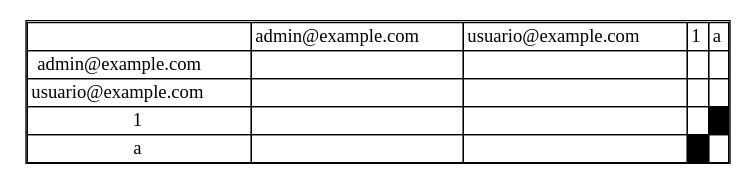
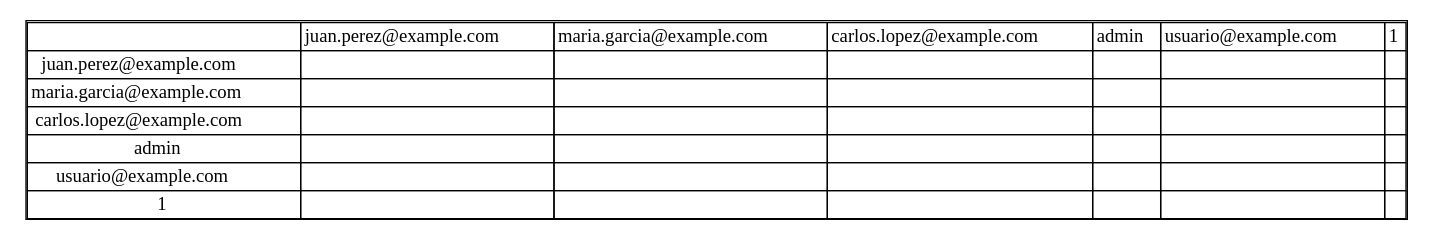
One commit to LightDemon12/-EDD-PROYECTOS_202100215 changed the diagram in Fase#1/cmake-build-debug/matriz_usuarios.dot. Above: the diagram before and after it, drawn with Graphviz. The commit also changed 60 other files, not shown here.

```diff
--- a/Fase#1/cmake-build-debug/matriz_usuarios.dot
+++ b/Fase#1/cmake-build-debug/matriz_usuarios.dot
@@ -1,11 +1,13 @@
 digraph G {
 node [shape=plaintext]
 a [label=<
 <table border='1' cellborder='1' cellspacing='0'>
-<tr><td></td><td>admin@example.com</td><td>usuario@example.com</td><td>1</td><td>a</td></tr>
-<tr><td>admin@example.com</td><td></td><td></td><td></td><td></td></tr>
-<tr><td>usuario@example.com</td><td></td><td></td><td></td><td></td></tr>
-<tr><td>1</td><td></td><td></td><td></td><td bgcolor='black'></td></tr>
-<tr><td>a</td><td></td><td></td><td bgcolor='black'></td><td></td></tr>
+<tr><td></td><td>juan.perez@example.com</td><td>maria.garcia@example.com</td><td>carlos.lopez@example.com</td><td>admin</td><td>usuario@example.com</td><td>1</td></tr>
+<tr><td>juan.perez@example.com</td><td></td><td></td><td></td><td></td><td></td><td></td></tr>
+<tr><td>maria.garcia@example.com</td><td></td><td></td><td></td><td></td><td></td><td></td></tr>
+<tr><td>carlos.lopez@example.com</td><td></td><td></td><td></td><td></td><td></td><td></td></tr>
+<tr><td>admin</td><td></td><td></td><td></td><td></td><td></td><td></td></tr>
+<tr><td>usuario@example.com</td><td></td><td></td><td></td><td></td><td></td><td></td></tr>
+<tr><td>1</td><td></td><td></td><td></td><td></td><td></td><td></td></tr>
 </table>>];
 }
```
